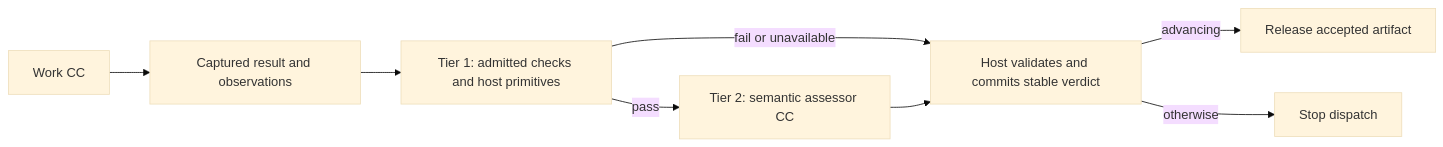
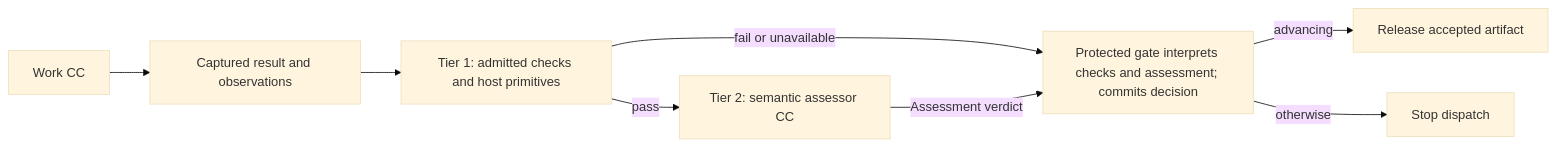
Before and after one commit to Stellven/jiuwenswarm: the first of 3 diagrams in docs/architecture/build-package/guard-design.md, drawn with Mermaid (base theme). The commit also changed other lines of this file and 18 other files, not shown here.

````diff
--- a/docs/architecture/build-package/guard-design.md
+++ b/docs/architecture/build-package/guard-design.md
@@ -9,10 +9,10 @@
 ```mermaid
 flowchart LR
   W[Work CC] --> E[Captured result and observations]
   E --> T1[Tier 1: admitted checks and host primitives]
   T1 -->|pass| T2[Tier 2: semantic assessor CC]
-  T1 -->|fail or unavailable| H[Host validates and commits stable verdict]
-  T2 --> H
+  T1 -->|fail or unavailable| H[Protected gate interprets checks and assessment; commits decision]
+  T2 -->|Assessment verdict| H
   H -->|advancing| N[Release accepted artifact]
   H -->|otherwise| S[Stop dispatch]
 ```
````
